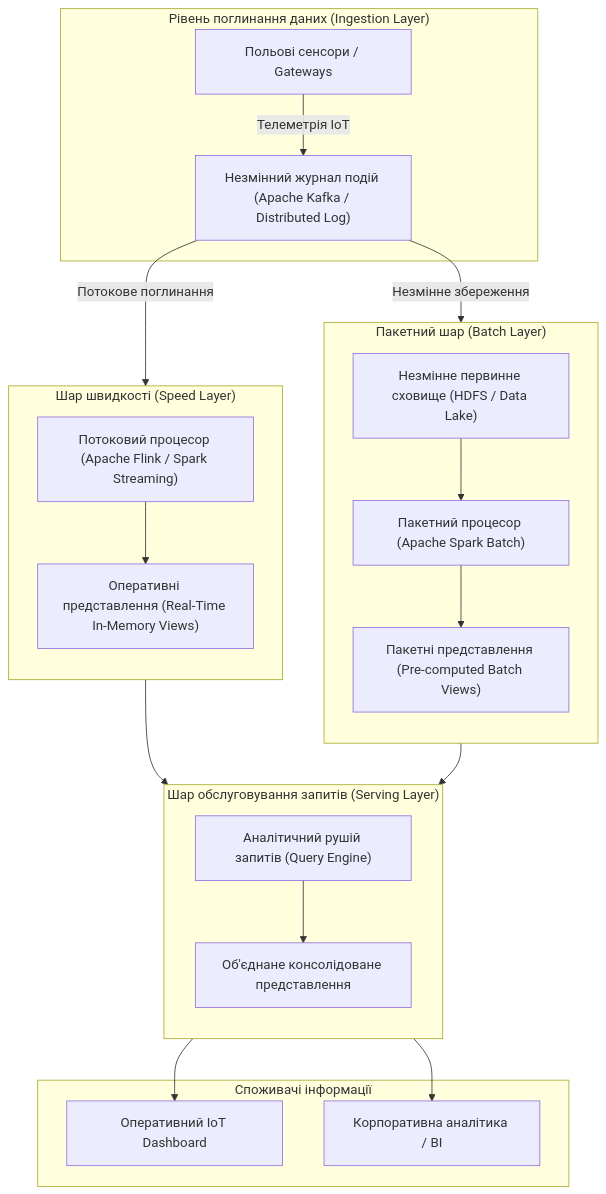
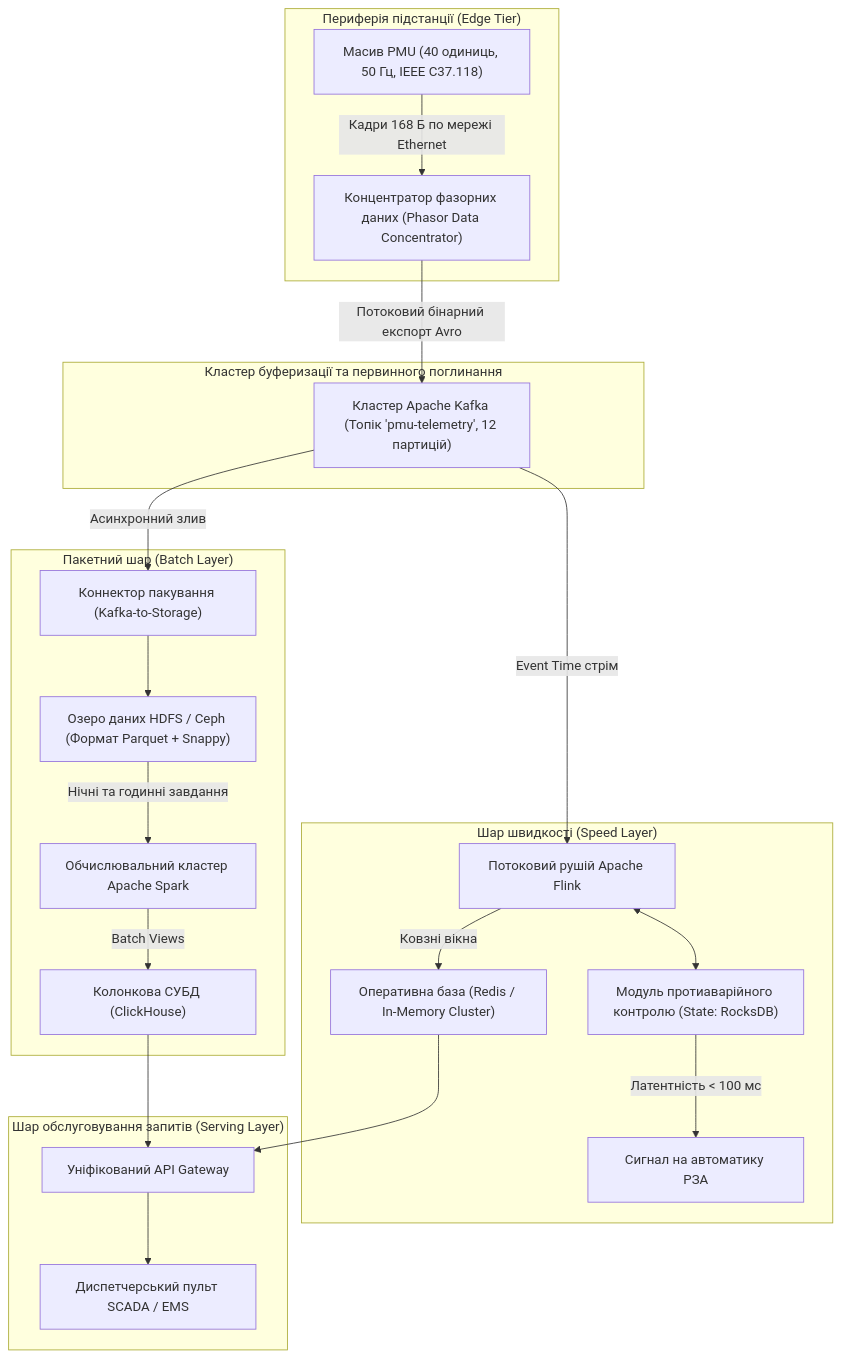
The fourth of 4 diagrams in docs/lk/lk13.md (KyryloVadurin/iot-technologies), drawn with Mermaid before and after one commit. The commit also changed other lines of this file, not shown here.

````diff
--- a/docs/lk/lk13.md
+++ b/docs/lk/lk13.md
@@ -198,45 +455,45 @@
 ```mermaid
 flowchart TD
-    subgraph IngestionSystem["Рівень поглинання даних (Ingestion Layer)"]
-        Sensors["Польові сенсори / Gateways"]
-        Kafka["Незмінний журнал подій (Apache Kafka / Distributed Log)"]
-        Sensors -->|Телеметрія IoT| Kafka
+    subgraph Substation_Edge["Периферія підстанції (Edge Tier)"]
+        PMU["Масив PMU (40 одиниць, 50 Гц, IEEE C37.118)"]
+        PDC["Концентратор фазорних даних (Phasor Data Concentrator)"]
+        PMU -->|Кадри 168 Б по мережі Ethernet| PDC
     end
 
-    subgraph BatchLayer["Пакетний шар (Batch Layer)"]
-        direction TB
-        MasterData["Незмінне первинне сховище (HDFS / Data Lake)"]
-        BatchCompute["Пакетний процесор (Apache Spark Batch)"]
-        BatchViews["Пакетні представлення (Pre-computed Batch Views)"]
-        
-        Kafka -->|Незмінне збереження| MasterData
-        MasterData --> BatchCompute
-        BatchCompute --> BatchViews
+    subgraph Ingestion_Cluster["Кластер буферизації та первинного поглинання"]
+        Kafka["Кластер Apache Kafka (Топік 'pmu-telemetry', 12 партицій)"]
+        PDC -->|Потоковий бінарний експорт Avro| Kafka
     end
 
-    subgraph SpeedLayer["Шар швидкості (Speed Layer)"]
-        direction TB
-        StreamCompute["Потоковий процесор (Apache Flink / Spark Streaming)"]
-        RealtimeViews["Оперативні представлення (Real-Time In-Memory Views)"]
+    subgraph Speed_Layer["Шар швидкості (Speed Layer)"]
+        Flink["Потоковий рушій Apache Flink"]
+        AlertEngine["Модуль протиаварійного контролю (State: RocksDB)"]
+        RT_Store["Оперативна база (Redis / In-Memory Cluster)"]
         
-        Kafka -->|Потокове поглинання| StreamCompute
-        StreamCompute --> RealtimeViews
+        Kafka -->|Event Time стрім| Flink
+        Flink <--> AlertEngine
+        AlertEngine -->|Латентність < 100 мс| Relay["Сигнал на автоматику РЗА"]
+        Flink -->|Ковзні вікна| RT_Store
     end
 
-    subgraph ServingLayer["Шар обслуговування запитів (Serving Layer)"]
-        direction TB
-        QueryEngine["Аналітичний рушій запитів (Query Engine)"]
-        UnifiedView["Об'єднане консолідоване представлення"]
+    subgraph Batch_Layer["Пакетний шар (Batch Layer)"]
+        Secor["Коннектор пакування (Kafka-to-Storage)"]
+        DataLake["Озеро даних HDFS / Ceph (Формат Parquet + Snappy)"]
+        Spark["Обчислювальний кластер Apache Spark"]
+        Batch_Store["Колонкова СУБД (ClickHouse)"]
         
-        BatchViews --> QueryEngine
-        RealtimeViews --> QueryEngine
-        QueryEngine --> UnifiedView
+        Kafka -->|Асинхронний злив| Secor
+        Secor --> DataLake
+        DataLake -->|Нічні та годинні завдання| Spark
+        Spark -->|Batch Views| Batch_Store
     end
 
-    subgraph Clients["Споживачі інформації"]
-        Dashboard["Оперативний IoT Dashboard"]
-        BI["Корпоративна аналітика / BI"]
-        UnifiedView --> Dashboard
-        UnifiedView --> BI
+    subgraph Serving_Layer["Шар обслуговування запитів (Serving Layer)"]
+        Gateway["Уніфікований API Gateway"]
+        SCADA["Диспетчерський пульт SCADA / EMS"]
+        
+        RT_Store --> Gateway
+        Batch_Store --> Gateway
+        Gateway --> SCADA
     end
 ```
````
